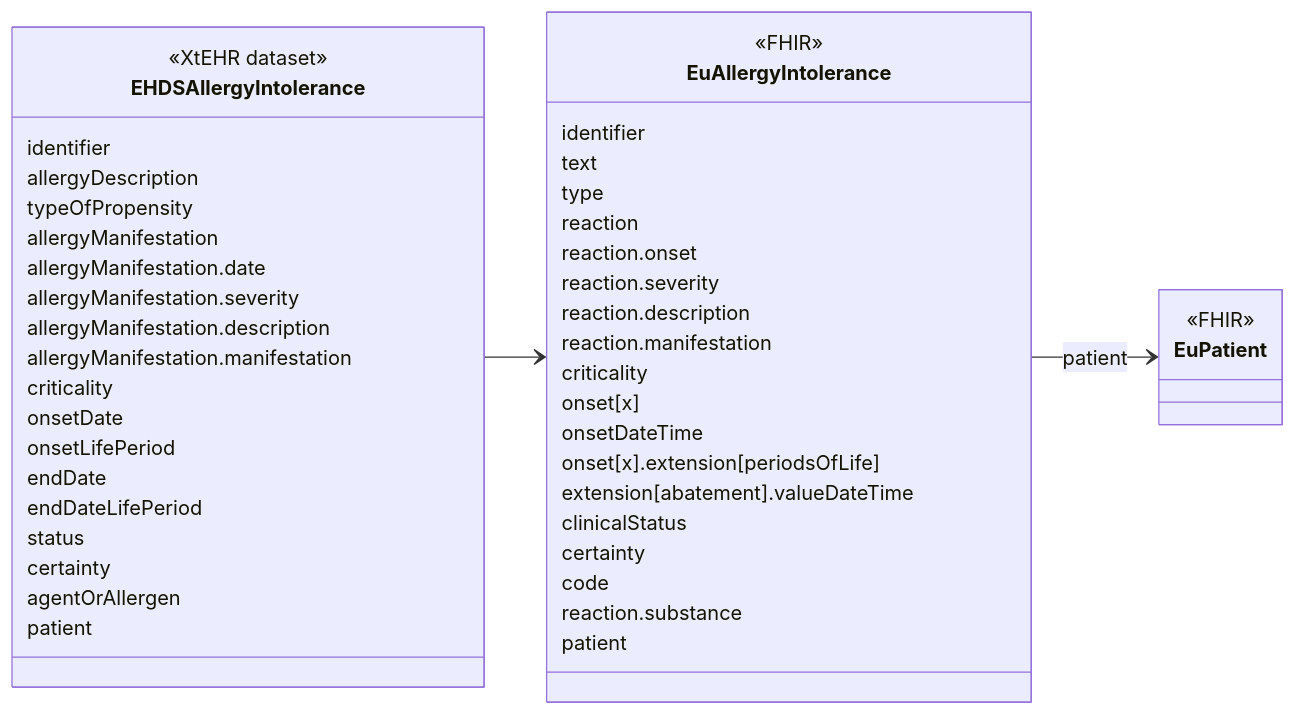
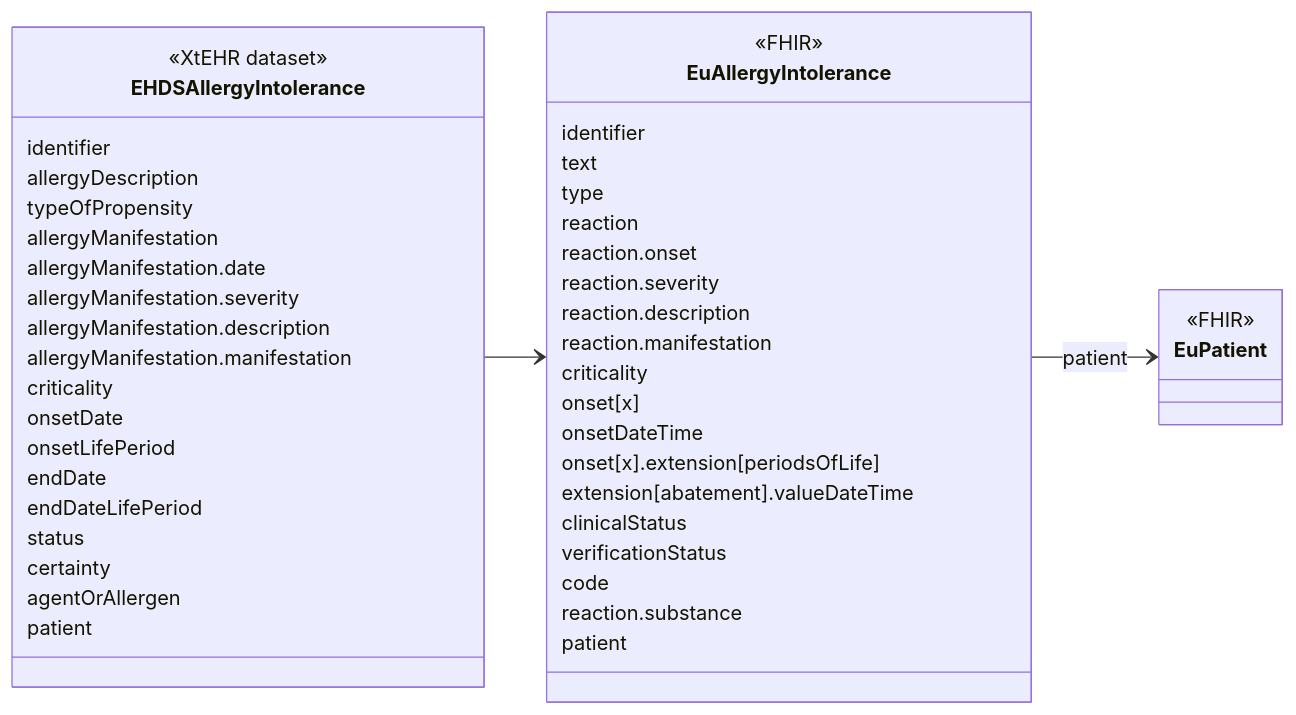
The diagram in input/intro-notes/ConceptMap-EHDSAllergyIntoleranceMap-intro.md (oijauregui/ehdsimaging), drawn with Mermaid before and after one commit. The commit also changed 6 other files, not shown here.

Commit message:
Fixed certainty mapping -> AllergyIntolerance.verificationStatus

````diff
--- a/input/intro-notes/ConceptMap-EHDSAllergyIntoleranceMap-intro.md
+++ b/input/intro-notes/ConceptMap-EHDSAllergyIntoleranceMap-intro.md
@@ -5,52 +5,52 @@
 ```mermaid
 classDiagram
 direction LR
 class EHDSAllergyIntolerance {
   <<XtEHR dataset>>
   identifier
   allergyDescription
   typeOfPropensity
   allergyManifestation
   allergyManifestation.date
   allergyManifestation.severity
   allergyManifestation.description
   allergyManifestation.manifestation
   criticality
   onsetDate
   onsetLifePeriod
   endDate
   endDateLifePeriod
   status
   certainty
   agentOrAllergen
   patient
 }
 link EHDSAllergyIntolerance "https://build.fhir.org/ig/Xt-EHR/xt-ehr-common/StructureDefinition-EHDSAllergyIntolerance.html"
 class EuAllergyIntolerance{
   <<FHIR>>
   identifier
   text
   type
   reaction
   reaction.onset
   reaction.severity
   reaction.description
   reaction.manifestation
   criticality
   onset[x]
   onsetDateTime
   onset[x].extension[periodsOfLife]
   extension[abatement].valueDateTime
   clinicalStatus
-  certainty
+  verificationStatus
   code
   reaction.substance
   patient
 }
 
 class EuPatient {
   <<FHIR>>
 }
 EHDSAllergyIntolerance --> EuAllergyIntolerance
 EuAllergyIntolerance --> EuPatient : patient
 ```
````
